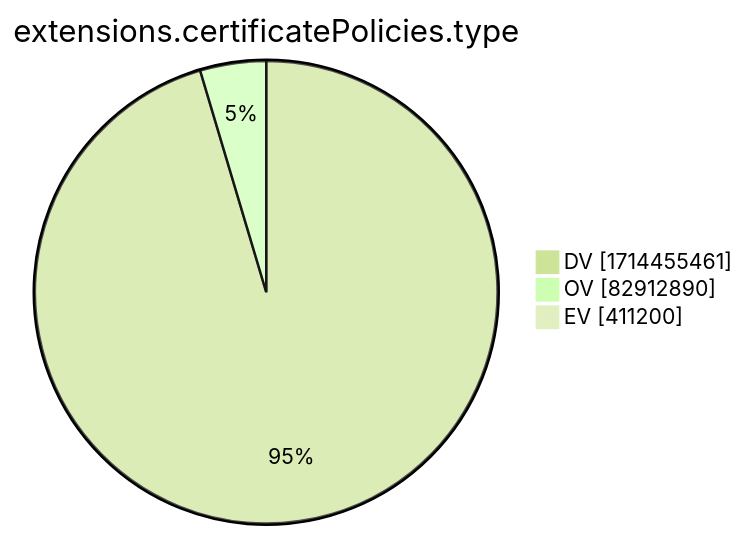
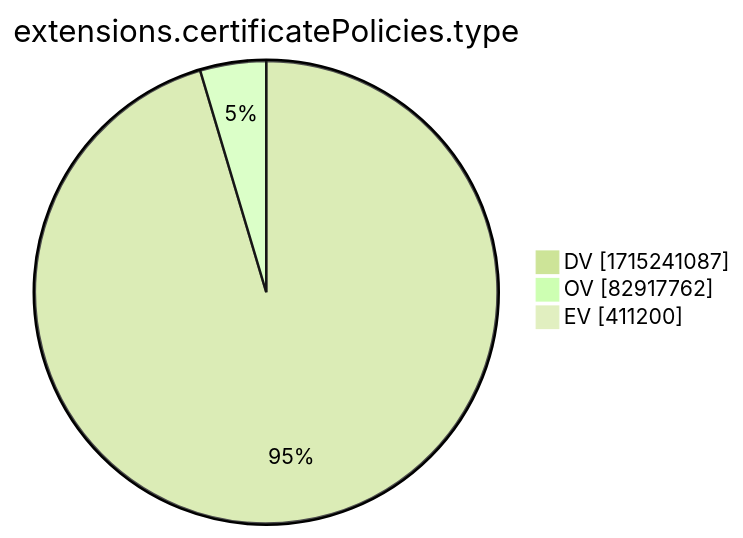
The tenth of 15 diagrams in xenon2022/README.md (christiankrug/ctmonitor_visualization), drawn with Mermaid (forest theme) before and after one commit. The commit also changed other lines of this file, not shown here.

````diff
--- a/xenon2022/README.md
+++ b/xenon2022/README.md
@@ -2881,7 +2881,7 @@
 ```mermaid
 pie showData
 title extensions.certificatePolicies.type
-"DV" :1714455461
-"OV" :82912890
+"DV" :1715241087
+"OV" :82917762
 "EV" :411200
 ```
````
